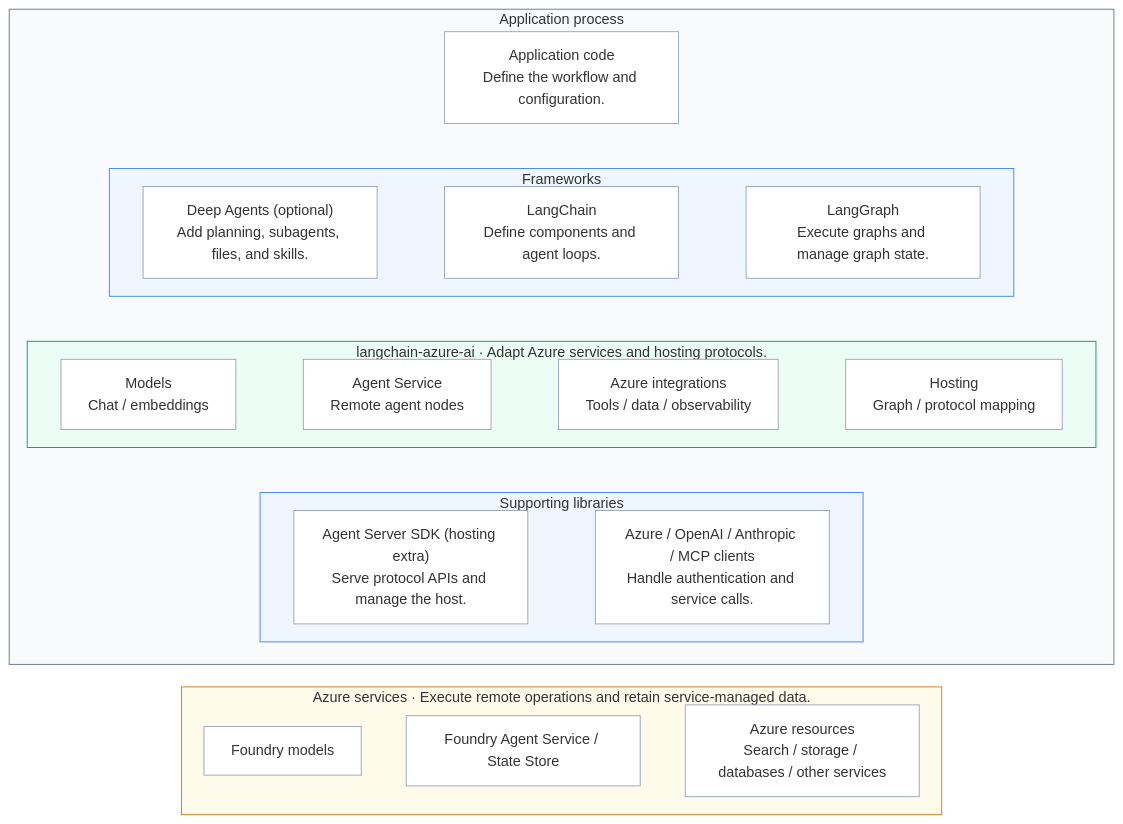
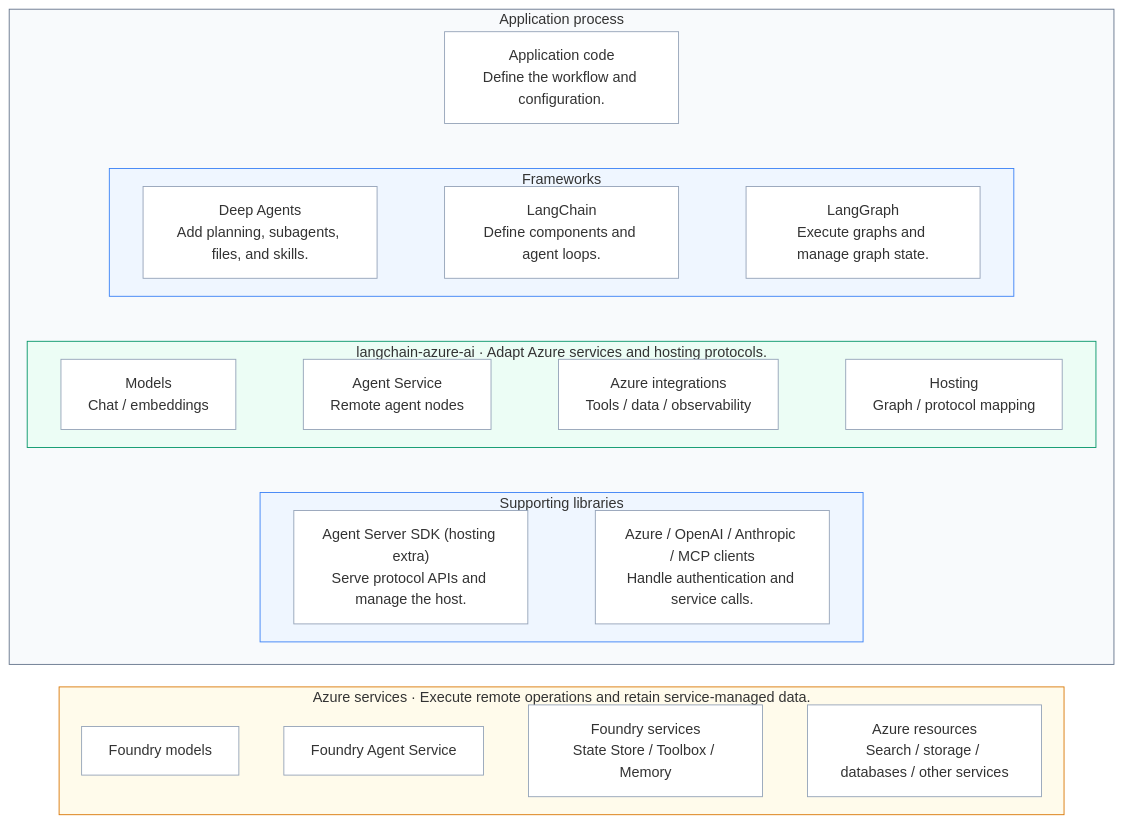
The first of 4 diagrams in libs/azure-ai/docs/architecture.md (herohua/langchain-azure), drawn with Mermaid before and after one commit. The commit also changed other lines of this file, not shown here.

Commit message:
docs(azure-ai): clarify Foundry service groups

````diff
--- a/libs/azure-ai/docs/architecture.md
+++ b/libs/azure-ai/docs/architecture.md
@@ -14,44 +14,45 @@
 ```mermaid
 %%{init: {"flowchart": {"nodeSpacing": 20, "rankSpacing": 25}}}%%
 flowchart TB
     subgraph process["Application process"]
         direction TB
         app["Application code<br/>Define the workflow and configuration."]
         subgraph frameworks["Frameworks"]
             direction LR
-            deep["Deep Agents (optional)<br/>Add planning, subagents, files, and skills."]
+            deep["Deep Agents<br/>Add planning, subagents, files, and skills."]
             langchain["LangChain<br/>Define components and agent loops."]
             langgraph["LangGraph<br/>Execute graphs and manage graph state."]
             deep ~~~ langchain ~~~ langgraph
         end
         subgraph package["langchain-azure-ai · Adapt Azure services and hosting protocols."]
             direction LR
             models["Models<br/>Chat / embeddings"]
             agents["Agent Service<br/>Remote agent nodes"]
             integrations["Azure integrations<br/>Tools / data / observability"]
             hosting["Hosting<br/>Graph / protocol mapping"]
             models ~~~ agents ~~~ integrations ~~~ hosting
         end
         subgraph support["Supporting libraries"]
             direction LR
             server["Agent Server SDK (hosting extra)<br/>Serve protocol APIs and manage the host."]
             clients["Azure / OpenAI / Anthropic / MCP clients<br/>Handle authentication and service calls."]
             server ~~~ clients
         end
         app ~~~ frameworks ~~~ package ~~~ support
     end
     subgraph remote["Azure services · Execute remote operations and retain service-managed data."]
         direction LR
         foundryModels["Foundry models"]
-        foundryAgents["Foundry Agent Service / State Store"]
+        foundryAgents["Foundry Agent Service"]
+        foundryServices["Foundry services<br/>State Store / Toolbox / Memory"]
         azure["Azure resources<br/>Search / storage / databases / other services"]
-        foundryModels ~~~ foundryAgents ~~~ azure
+        foundryModels ~~~ foundryAgents ~~~ foundryServices ~~~ azure
     end
     process ~~~ remote
     style process fill:#f8fafc,stroke:#64748b
     style frameworks fill:#eff6ff,stroke:#3b82f6
     style package fill:#ecfdf5,stroke:#059669
     style support fill:#eff6ff,stroke:#3b82f6
     style remote fill:#fffbeb,stroke:#d97706
     classDef default fill:#ffffff,stroke:#94a3b8
 ```
````
